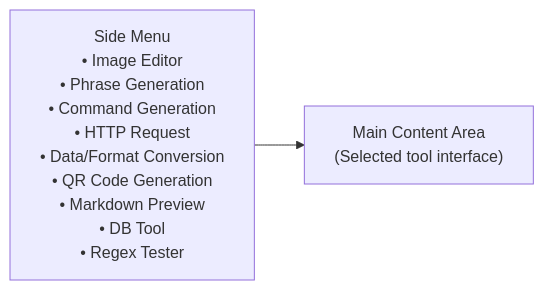
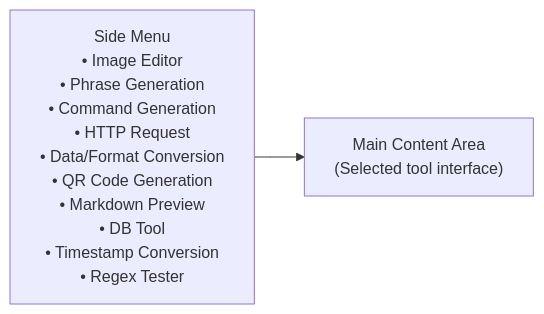
Before and after one commit to LotusAndCompany/devtools: the diagram in docs/user-guide/overview.md, drawn with Mermaid. The commit also changed other lines of this file and 8 other files, not shown here.

First line of the commit message:
docs(timestamp-conversion): add documentation and fix icon theming

````diff
--- a/docs/user-guide/overview.md
+++ b/docs/user-guide/overview.md
@@ -27,5 +28,5 @@
 ```mermaid
 flowchart LR
-    side["Side Menu<br/>• Image Editor<br/>• Phrase Generation<br/>• Command Generation<br/>• HTTP Request<br/>• Data/Format Conversion<br/>• QR Code Generation<br/>• Markdown Preview<br/>• DB Tool<br/>• Regex Tester"]
+    side["Side Menu<br/>• Image Editor<br/>• Phrase Generation<br/>• Command Generation<br/>• HTTP Request<br/>• Data/Format Conversion<br/>• QR Code Generation<br/>• Markdown Preview<br/>• DB Tool<br/>• Timestamp Conversion<br/>• Regex Tester"]
     side --> content["Main Content Area<br/>(Selected tool interface)"]
 ```
````
